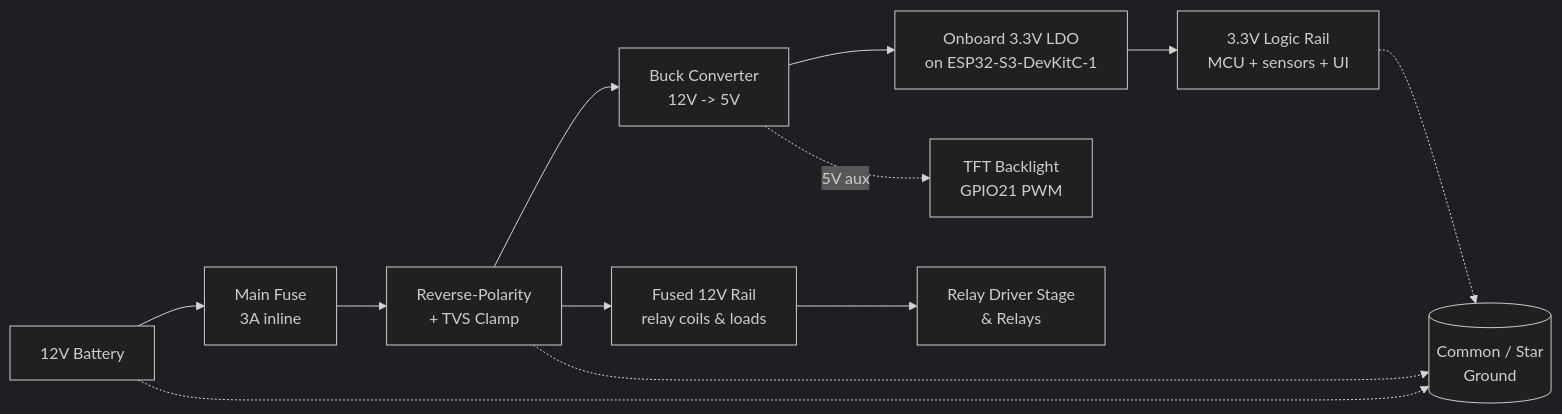
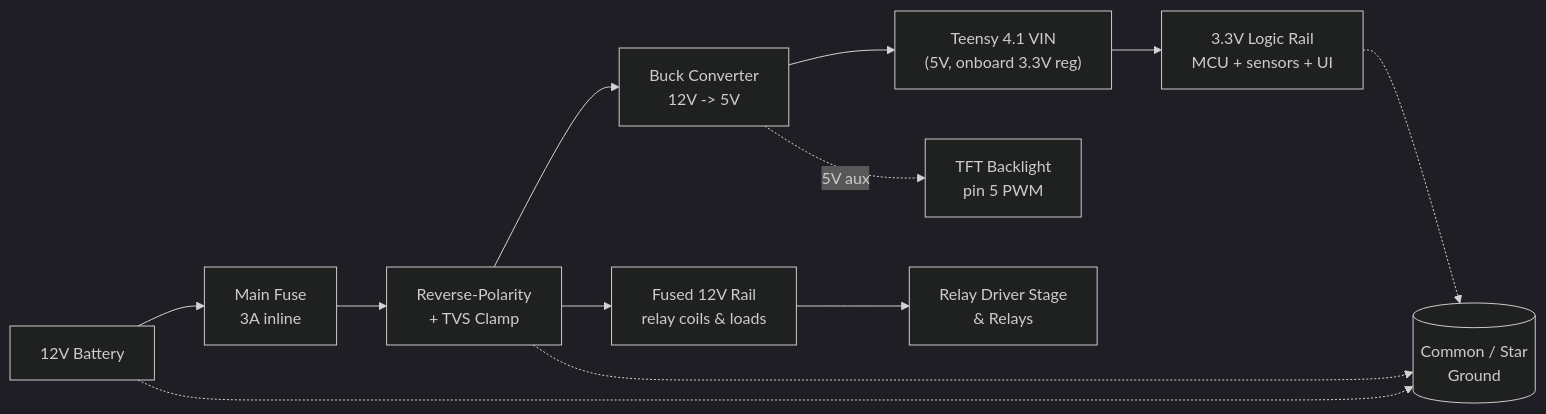
The second of 2 diagrams in WIRING.md (JakeVandal/DucatiElectronics), drawn with Mermaid (dark theme) before and after one commit. The commit also changed other lines of this file and 5 other files, not shown here.

````diff
--- a/WIRING.md
+++ b/WIRING.md
@@ -65,15 +67,15 @@
 ```mermaid
 flowchart LR
     BATT["12V Battery"] --> FUSE["Main Fuse<br/>3A inline"]
     FUSE --> PROT["Reverse-Polarity<br/>+ TVS Clamp"]
     PROT --> BUCK["Buck Converter<br/>12V -> 5V"]
-    BUCK --> LDO["Onboard 3.3V LDO<br/>on ESP32-S3-DevKitC-1"]
-    LDO --> LOGIC["3.3V Logic Rail<br/>MCU + sensors + UI"]
-    BUCK -. "5V aux" .-> BL["TFT Backlight<br/>GPIO21 PWM"]
+    BUCK --> VIN["Teensy 4.1 VIN<br/>(5V, onboard 3.3V reg)"]
+    VIN --> LOGIC["3.3V Logic Rail<br/>MCU + sensors + UI"]
+    BUCK -. "5V aux" .-> BL["TFT Backlight<br/>pin 5 PWM"]
     PROT --> RAIL["Fused 12V Rail<br/>relay coils & loads"]
     RAIL --> DRV["Relay Driver Stage<br/>& Relays"]
 
     BATT -.-> GND[("Common / Star<br/>Ground")]
     PROT -.-> GND
     LOGIC -.-> GND
 ```
````
